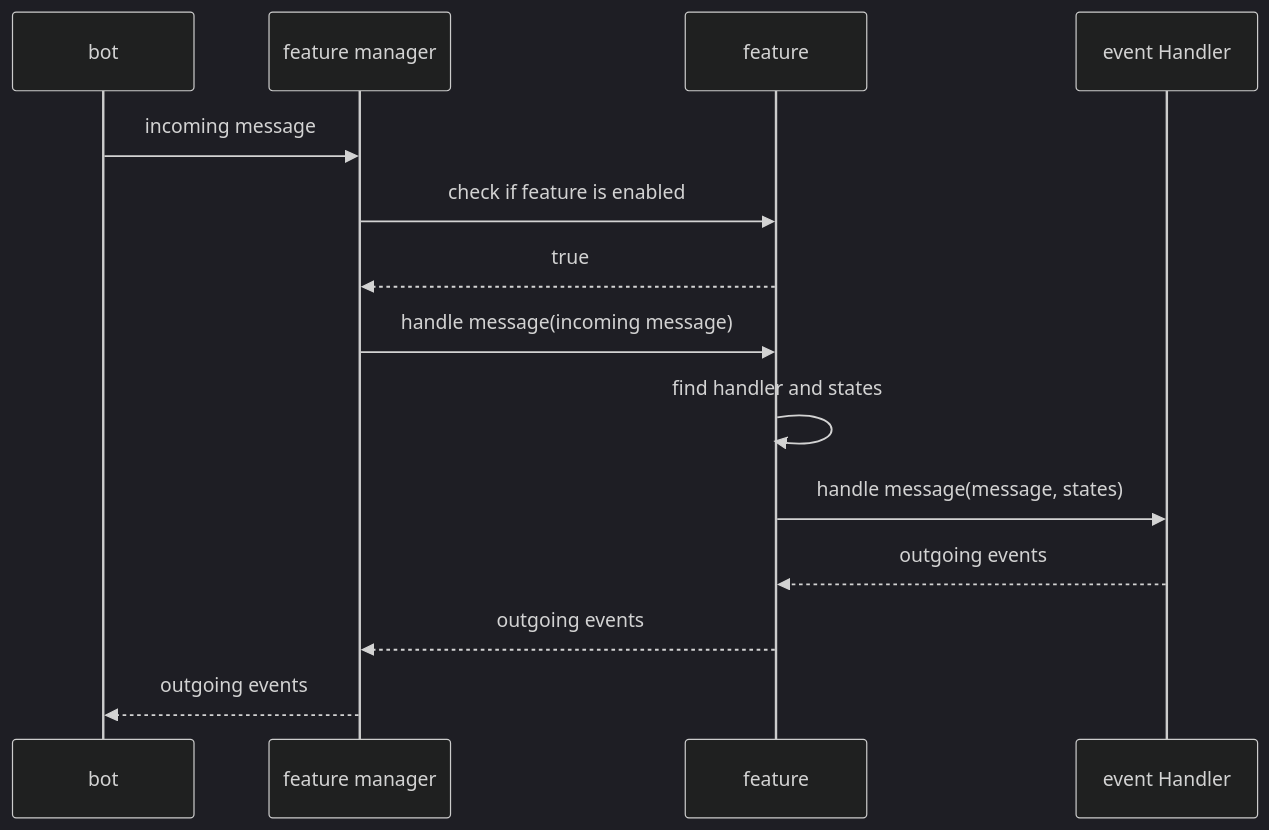
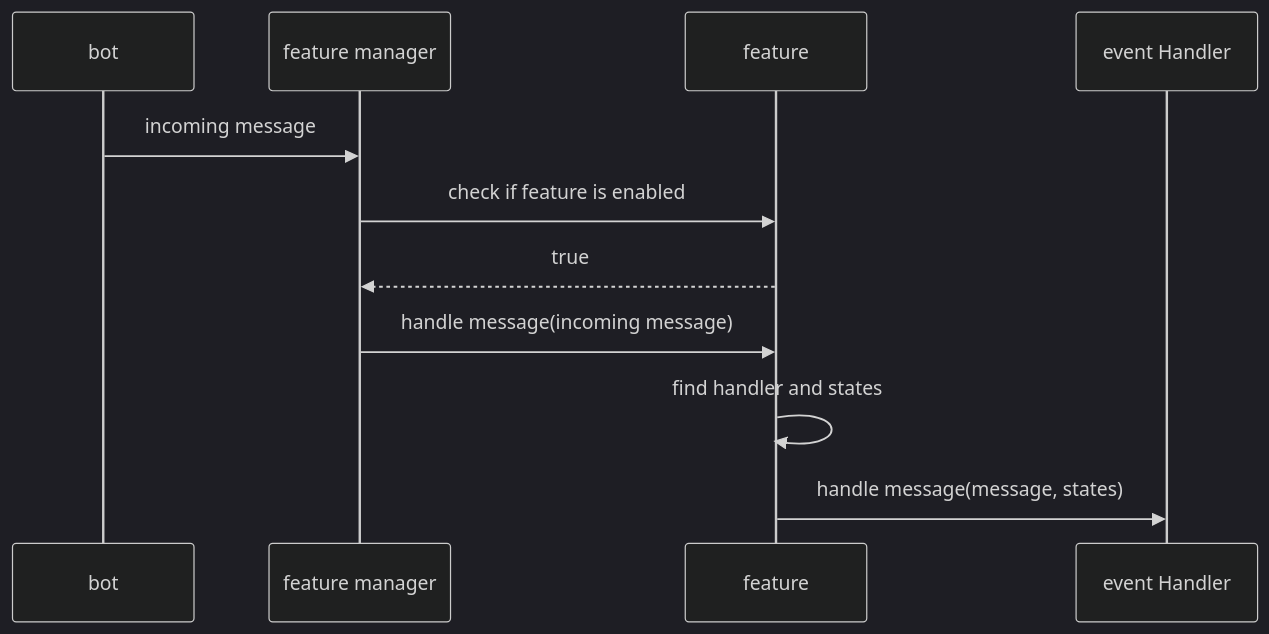
The second of 2 diagrams in documentation/feature.md (delphes99/pythie-bot), drawn with Mermaid (dark theme) before and after one commit. The commit also changed other lines of this file and 55 other files, not shown here.

````diff
--- a/documentation/feature.md
+++ b/documentation/feature.md
@@ -30,12 +29,9 @@
 ```mermaid
 sequenceDiagram
     bot ->> feature manager: incoming message
     feature manager ->> feature: check if feature is enabled
     feature -->> feature manager: true
     feature manager ->> feature: handle message(incoming message)
     feature ->> feature: find handler and states
     feature ->> event Handler: handle message(message, states)
-    event Handler -->> feature: outgoing events
-    feature -->> feature manager: outgoing events
-    feature manager -->> bot: outgoing events
 ```
````
